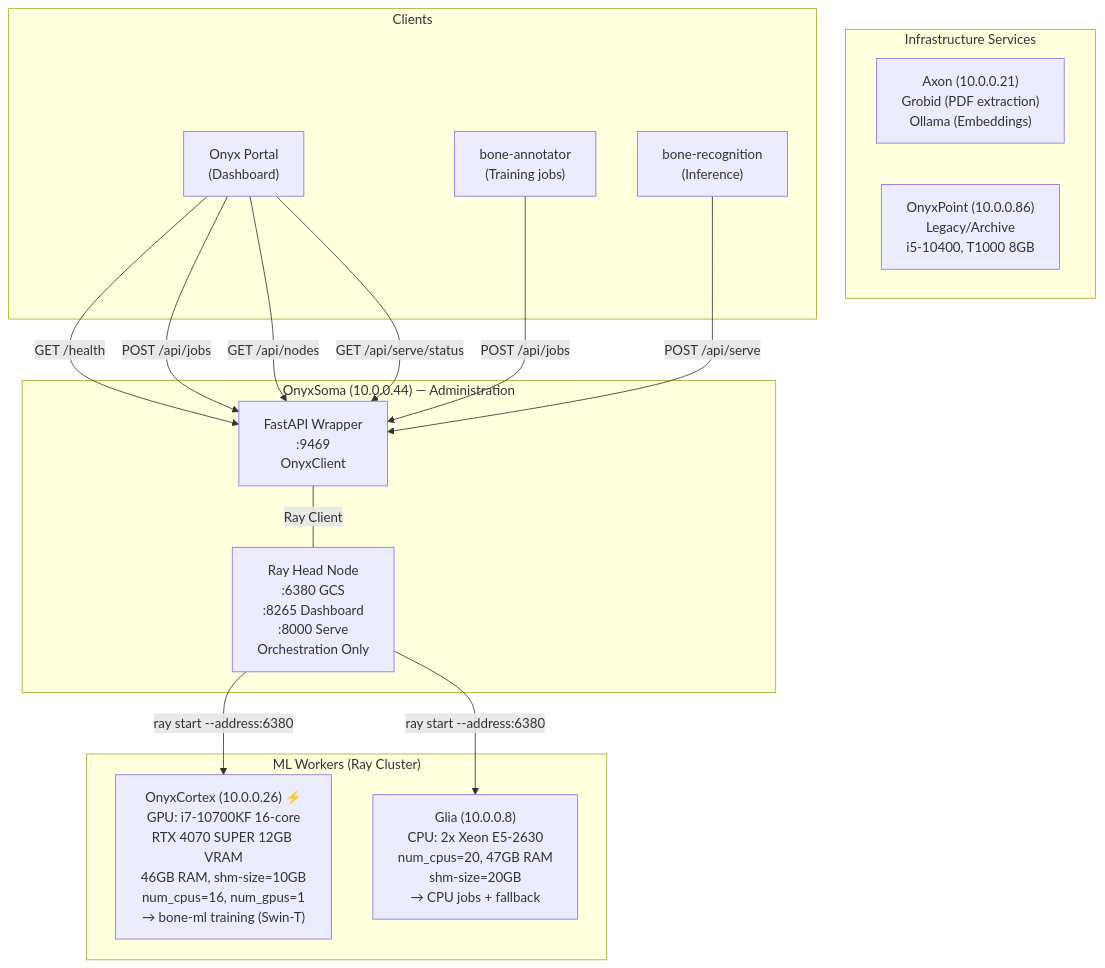
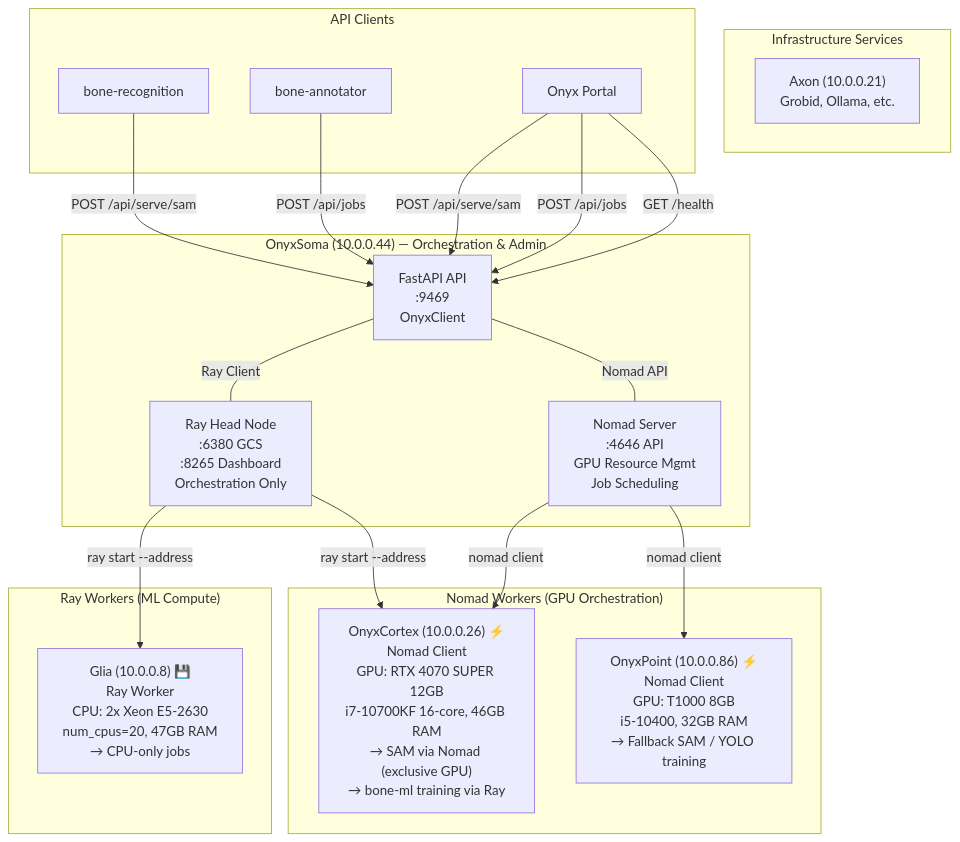
One commit to VersoVet/ml-compute changed the first of 4 diagrams in DIAGRAM.md. Above: the diagram before and after it, drawn with Mermaid. The commit also changed other lines of this file, not shown here.

Commit message:
docs: Update architecture diagram to show Nomad + Ray hybrid setup
- Add Nomad Server and Workers to orchestration diagram
- Illustrate GPU coordination between Nomad and Ray
- Add sequence diagram showing SAM/training GPU allocation conflict handling
- Clarify each worker's role (GPU vs CPU vs orchestration)

````diff
--- a/DIAGRAM.md
+++ b/DIAGRAM.md
@@ -5,34 +5,40 @@
 ```mermaid
 graph TB
-    subgraph Soma["OnyxSoma (10.0.0.44) — Administration"]
-        API["FastAPI Wrapper<br/>:9469<br/>OnyxClient"]
-        RayHead["Ray Head Node<br/>:6380 GCS<br/>:8265 Dashboard<br/>:8000 Serve<br/>Orchestration Only"]
+    subgraph Soma["OnyxSoma (10.0.0.44) — Orchestration & Admin"]
+        API["FastAPI API<br/>:9469<br/>OnyxClient"]
+        RayHead["Ray Head Node<br/>:6380 GCS<br/>:8265 Dashboard<br/>Orchestration Only"]
+        NomadHead["Nomad Server<br/>:4646 API<br/>GPU Resource Mgmt<br/>Job Scheduling"]
         API ---|Ray Client| RayHead
+        API ---|Nomad API| NomadHead
     end
 
-    subgraph MLWorkers["ML Workers (Ray Cluster)"]
-        Cortex["OnyxCortex (10.0.0.26) ⚡<br/>GPU: i7-10700KF 16-core<br/>RTX 4070 SUPER 12GB VRAM<br/>46GB RAM, shm-size=10GB<br/>num_cpus=16, num_gpus=1<br/>→ bone-ml training (Swin-T)"]
-        Glia["Glia (10.0.0.8)<br/>CPU: 2x Xeon E5-2630<br/>num_cpus=20, 47GB RAM<br/>shm-size=20GB<br/>→ CPU jobs + fallback"]
+    subgraph NomadWorkers["Nomad Workers (GPU Orchestration)"]
+        Cortex["OnyxCortex (10.0.0.26) ⚡<br/>Nomad Client<br/>GPU: RTX 4070 SUPER 12GB<br/>i7-10700KF 16-core, 46GB RAM<br/>→ SAM via Nomad (exclusive GPU)<br/>→ bone-ml training via Ray"]
+        OP["OnyxPoint (10.0.0.86) ⚡<br/>Nomad Client<br/>GPU: T1000 8GB<br/>i5-10400, 32GB RAM<br/>→ Fallback SAM / YOLO training"]
+    end
+
+    subgraph RayWorkers["Ray Workers (ML Compute)"]
+        Glia["Glia (10.0.0.8) 💾<br/>Ray Worker<br/>CPU: 2x Xeon E5-2630<br/>num_cpus=20, 47GB RAM<br/>→ CPU-only jobs"]
     end
 
     subgraph Infrastructure["Infrastructure Services"]
-        Axon["Axon (10.0.0.21)<br/>Grobid (PDF extraction)<br/>Ollama (Embeddings)"]
-        OP["OnyxPoint (10.0.0.86)<br/>Legacy/Archive<br/>i5-10400, T1000 8GB"]
+        Axon["Axon (10.0.0.21)<br/>Grobid, Ollama, etc."]
     end
 
-    RayHead -->|ray start --address:6380| Cortex
-    RayHead -->|ray start --address:6380| Glia
+    NomadHead -->|nomad client| Cortex
+    NomadHead -->|nomad client| OP
+    RayHead -->|ray start --address| Cortex
+    RayHead -->|ray start --address| Glia
 
-    subgraph Client["Clients"]
-        Portal["Onyx Portal<br/>(Dashboard)"]
-        BoneML["bone-annotator<br/>(Training jobs)"]
-        BoneRec["bone-recognition<br/>(Inference)"]
+    subgraph Clients["API Clients"]
+        Portal["Onyx Portal"]
+        BoneML["bone-annotator"]
+        BoneRec["bone-recognition"]
     end
 
     Portal -->|GET /health| API
     Portal -->|POST /api/jobs| API
-    Portal -->|GET /api/nodes| API
+    Portal -->|POST /api/serve/sam| API
     BoneML -->|POST /api/jobs| API
-    BoneRec -->|POST /api/serve| API
-    Portal -->|GET /api/serve/status| API
+    BoneRec -->|POST /api/serve/sam| API
 ```
````
